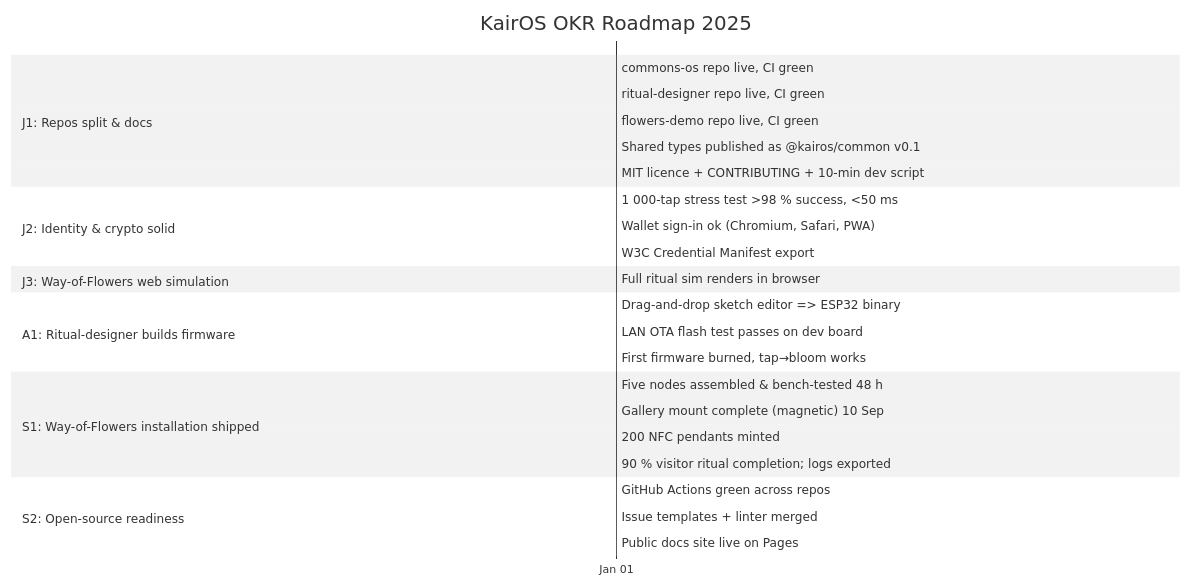
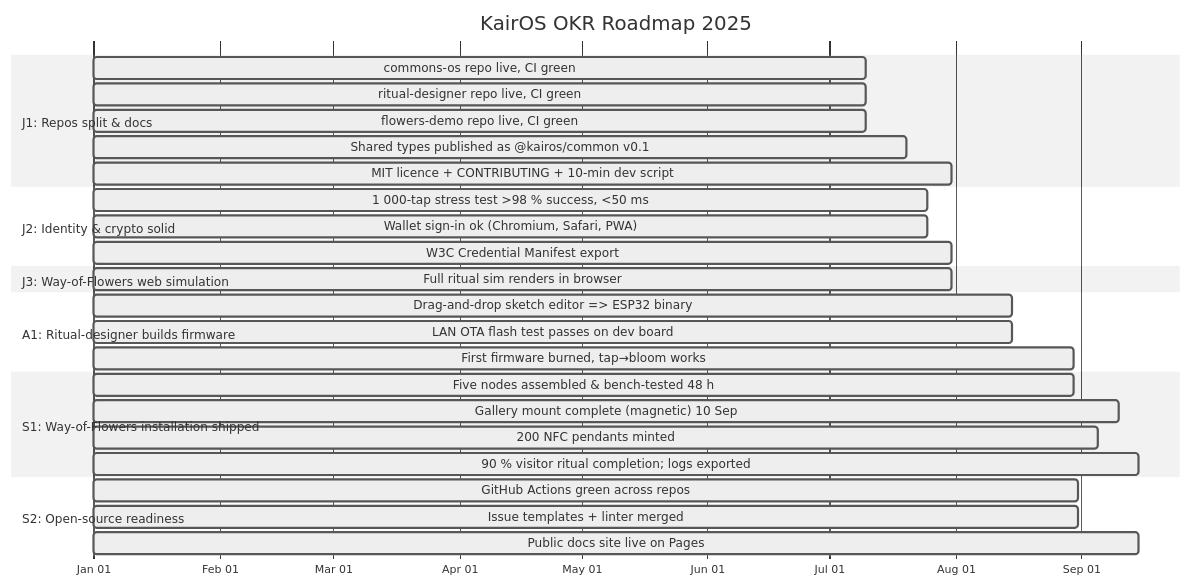
One commit to bradleycr/kairos-okr-roadmap changed the diagram in ROADMAP.md. Above: the diagram before and after it, drawn with Mermaid (neutral theme). The commit also changed other lines of this file, not shown here.

````diff
--- a/ROADMAP.md
+++ b/ROADMAP.md
@@ -10,38 +10,38 @@
 ```mermaid
 gantt
     title KairOS OKR Roadmap 2025
     dateFormat YYYY-MM-DD
     axisFormat %b %d
 
     section J1: Repos split & docs
-    commons-os repo live, CI green :active, J1a, 2025-01-01, Thu Jul 10 2025 02:00:00 GMT+0200 (Central European Summer Time)
-    ritual-designer repo live, CI green :active, J1b, 2025-01-01, Thu Jul 10 2025 02:00:00 GMT+0200 (Central European Summer Time)
-    flowers-demo repo live, CI green :active, J1c, 2025-01-01, Thu Jul 10 2025 02:00:00 GMT+0200 (Central European Summer Time)
-    Shared types published as @kairos/common v0.1 :active, J1d, 2025-01-01, Sun Jul 20 2025 02:00:00 GMT+0200 (Central European Summer Time)
-    MIT licence + CONTRIBUTING + 10-min dev script :active, J1e, 2025-01-01, Thu Jul 31 2025 02:00:00 GMT+0200 (Central European Summer Time)
+    commons-os repo live, CI green :active, J1a, 2025-01-01, 2025-07-10
+    ritual-designer repo live, CI green :active, J1b, 2025-01-01, 2025-07-10
+    flowers-demo repo live, CI green :active, J1c, 2025-01-01, 2025-07-10
+    Shared types published as @kairos/common v0.1 :active, J1d, 2025-01-01, 2025-07-20
+    MIT licence + CONTRIBUTING + 10-min dev script :active, J1e, 2025-01-01, 2025-07-31
 
     section J2: Identity & crypto solid
-    1 000-tap stress test >98 % success, <50 ms :active, J2a, 2025-01-01, Fri Jul 25 2025 02:00:00 GMT+0200 (Central European Summer Time)
-    Wallet sign-in ok (Chromium, Safari, PWA) :active, J2b, 2025-01-01, Fri Jul 25 2025 02:00:00 GMT+0200 (Central European Summer Time)
-    W3C Credential Manifest export :active, J2c, 2025-01-01, Thu Jul 31 2025 02:00:00 GMT+0200 (Central European Summer Time)
+    1 000-tap stress test >98 % success, <50 ms :active, J2a, 2025-01-01, 2025-07-25
+    Wallet sign-in ok (Chromium, Safari, PWA) :active, J2b, 2025-01-01, 2025-07-25
+    W3C Credential Manifest export :active, J2c, 2025-01-01, 2025-07-31
 
     section J3: Way-of-Flowers web simulation
-    Full ritual sim renders in browser :active, J3a, 2025-01-01, Thu Jul 31 2025 02:00:00 GMT+0200 (Central European Summer Time)
+    Full ritual sim renders in browser :active, J3a, 2025-01-01, 2025-07-31
 
     section A1: Ritual-designer builds firmware
-    Drag-and-drop sketch editor => ESP32 binary :active, A1a, 2025-01-01, Fri Aug 15 2025 02:00:00 GMT+0200 (Central European Summer Time)
-    LAN OTA flash test passes on dev board :active, A1b, 2025-01-01, Fri Aug 15 2025 02:00:00 GMT+0200 (Central European Summer Time)
-    First firmware burned, tap→bloom works :active, A1c, 2025-01-01, Sat Aug 30 2025 02:00:00 GMT+0200 (Central European Summer Time)
+    Drag-and-drop sketch editor => ESP32 binary :active, A1a, 2025-01-01, 2025-08-15
+    LAN OTA flash test passes on dev board :active, A1b, 2025-01-01, 2025-08-15
+    First firmware burned, tap→bloom works :active, A1c, 2025-01-01, 2025-08-30
 
     section S1: Way-of-Flowers installation shipped
-    Five nodes assembled & bench-tested 48 h :active, S1a, 2025-01-01, Sat Aug 30 2025 02:00:00 GMT+0200 (Central European Summer Time)
-    Gallery mount complete (magnetic) 10 Sep :active, S1b, 2025-01-01, Wed Sep 10 2025 02:00:00 GMT+0200 (Central European Summer Time)
-    200 NFC pendants minted :active, S1c, 2025-01-01, Fri Sep 05 2025 02:00:00 GMT+0200 (Central European Summer Time)
-    90 % visitor ritual completion; logs exported :active, S1d, 2025-01-01, Mon Sep 15 2025 02:00:00 GMT+0200 (Central European Summer Time)
+    Five nodes assembled & bench-tested 48 h :active, S1a, 2025-01-01, 2025-08-30
+    Gallery mount complete (magnetic) 10 Sep :active, S1b, 2025-01-01, 2025-09-10
+    200 NFC pendants minted :active, S1c, 2025-01-01, 2025-09-05
+    90 % visitor ritual completion; logs exported :active, S1d, 2025-01-01, 2025-09-15
 
     section S2: Open-source readiness
-    GitHub Actions green across repos :active, S2a, 2025-01-01, Sun Aug 31 2025 02:00:00 GMT+0200 (Central European Summer Time)
-    Issue templates + linter merged :active, S2b, 2025-01-01, Sun Aug 31 2025 02:00:00 GMT+0200 (Central European Summer Time)
-    Public docs site live on Pages :active, S2c, 2025-01-01, Mon Sep 15 2025 02:00:00 GMT+0200 (Central European Summer Time)
+    GitHub Actions green across repos :active, S2a, 2025-01-01, 2025-08-31
+    Issue templates + linter merged :active, S2b, 2025-01-01, 2025-08-31
+    Public docs site live on Pages :active, S2c, 2025-01-01, 2025-09-15
 
 ```
````
